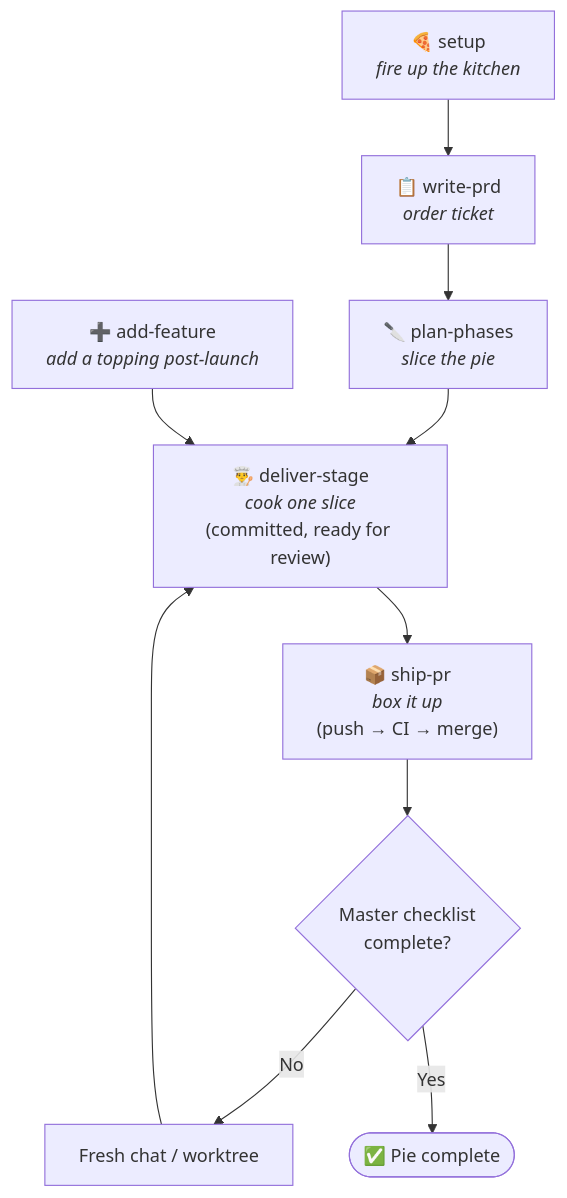
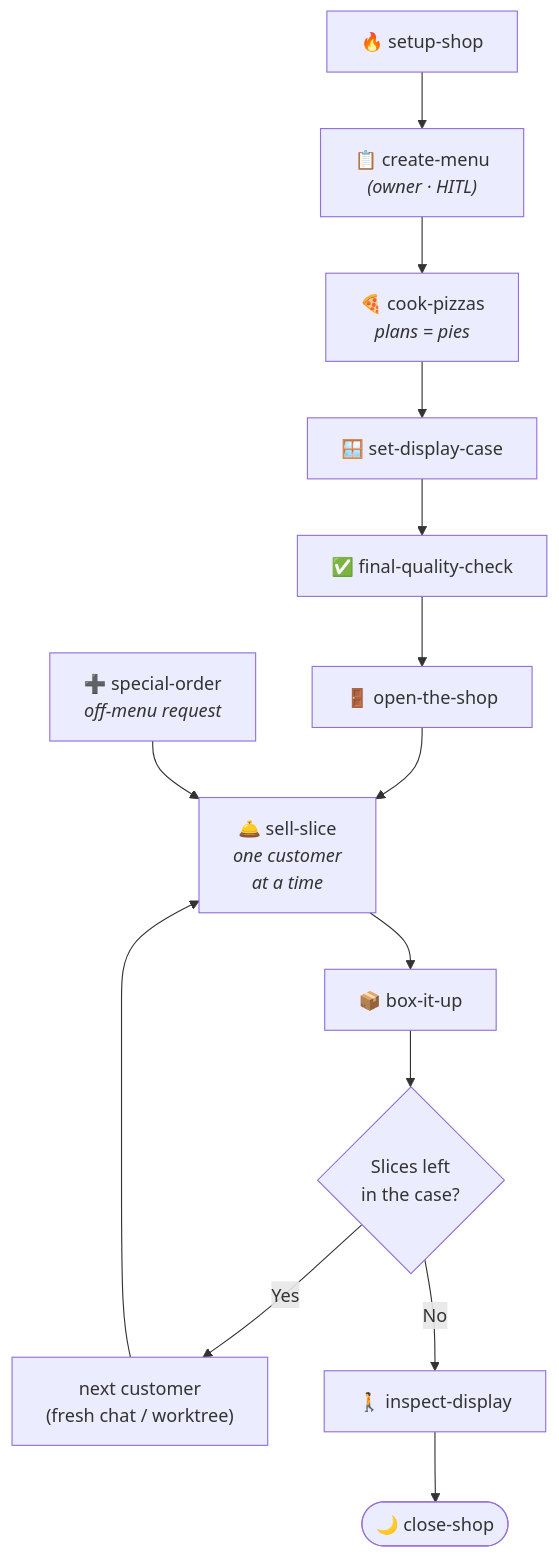
One commit to steve-piece/Stagecoach changed the diagram in README.md. Above: the diagram before and after it, drawn with Mermaid. The commit also changed other lines of this file and 208 other files, not shown here.

````diff
--- a/README.md
+++ b/README.md
@@ -160,12 +211,16 @@
 ```mermaid
 flowchart TD
-    Setup["🍕 setup<br/><i>fire up the kitchen</i>"] --> PRD["📋 write-prd<br/><i>order ticket</i>"]
-    PRD --> Phased["🔪 plan-phases<br/><i>slice the pie</i>"]
-    Phased --> Deliver["👨‍🍳 deliver-stage<br/><i>cook one slice</i><br/>(committed, ready for review)"]
-    Add["➕ add-feature<br/><i>add a topping post-launch</i>"] --> Deliver
-    Deliver --> Ship["📦 ship-pr<br/><i>box it up</i><br/>(push → CI → merge)"]
-    Ship --> Q{"Master checklist<br/>complete?"}
-    Q -->|No| NewChat["Fresh chat / worktree"]
-    NewChat --> Deliver
-    Q -->|Yes| Done(["✅ Pie complete"])
+    Setup["🔥 setup-shop"] --> Menu["📋 create-menu<br/><i>(owner · HITL)</i>"]
+    Menu --> Cook["🍕 cook-pizzas<br/><i>plans = pies</i>"]
+    Cook --> Case["🪟 set-display-case"]
+    Case --> QC["✅ final-quality-check"]
+    QC --> Open["🚪 open-the-shop"]
+    Open --> Sell["🛎️ sell-slice<br/><i>one customer<br/>at a time</i>"]
+    Special["➕ special-order<br/><i>off-menu request</i>"] --> Sell
+    Sell --> Box["📦 box-it-up"]
+    Box --> Q{"Slices left<br/>in the case?"}
+    Q -->|Yes| Next["next customer<br/>(fresh chat / worktree)"]
+    Next --> Sell
+    Q -->|No| Inspect["🚶 inspect-display"]
+    Inspect --> Close(["🌙 close-shop"])
 ```
````
